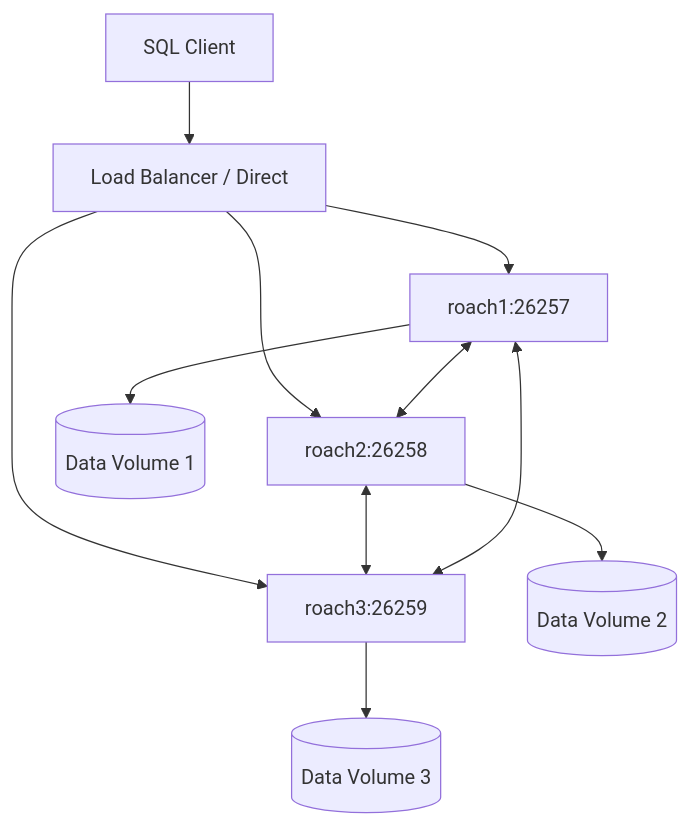
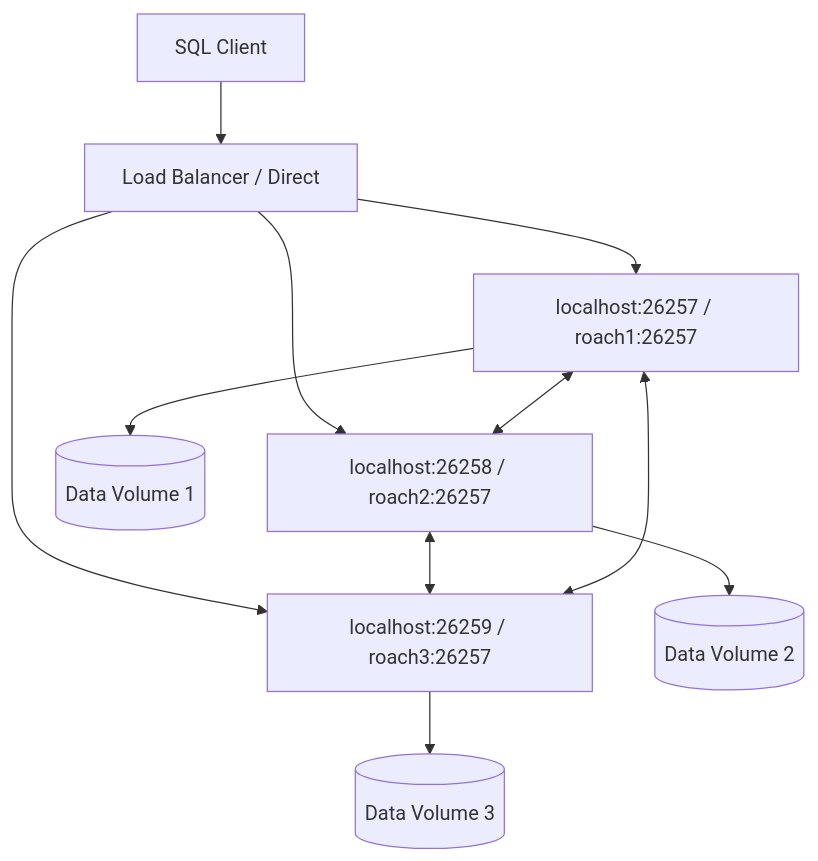
One commit to OneUptime/blog changed the diagram in posts/2026-02-08-how-to-run-cockroachdb-in-docker-with-clustering/README.md. Above: the diagram before and after it, drawn with Mermaid. The commit also changed other lines of this file and 2 other files, not shown here.

````diff
--- a/posts/2026-02-08-how-to-run-cockroachdb-in-docker-with-clustering/README.md
+++ b/posts/2026-02-08-how-to-run-cockroachdb-in-docker-with-clustering/README.md
@@ -163,13 +168,13 @@
 ```mermaid
 graph TD
     Client[SQL Client] --> LB[Load Balancer / Direct]
-    LB --> R1[roach1:26257]
-    LB --> R2[roach2:26258]
-    LB --> R3[roach3:26259]
+    LB --> R1[localhost:26257 / roach1:26257]
+    LB --> R2[localhost:26258 / roach2:26257]
+    LB --> R3[localhost:26259 / roach3:26257]
     R1 <--> R2
     R2 <--> R3
     R1 <--> R3
     R1 --> D1[(Data Volume 1)]
     R2 --> D2[(Data Volume 2)]
     R3 --> D3[(Data Volume 3)]
 ```
````
